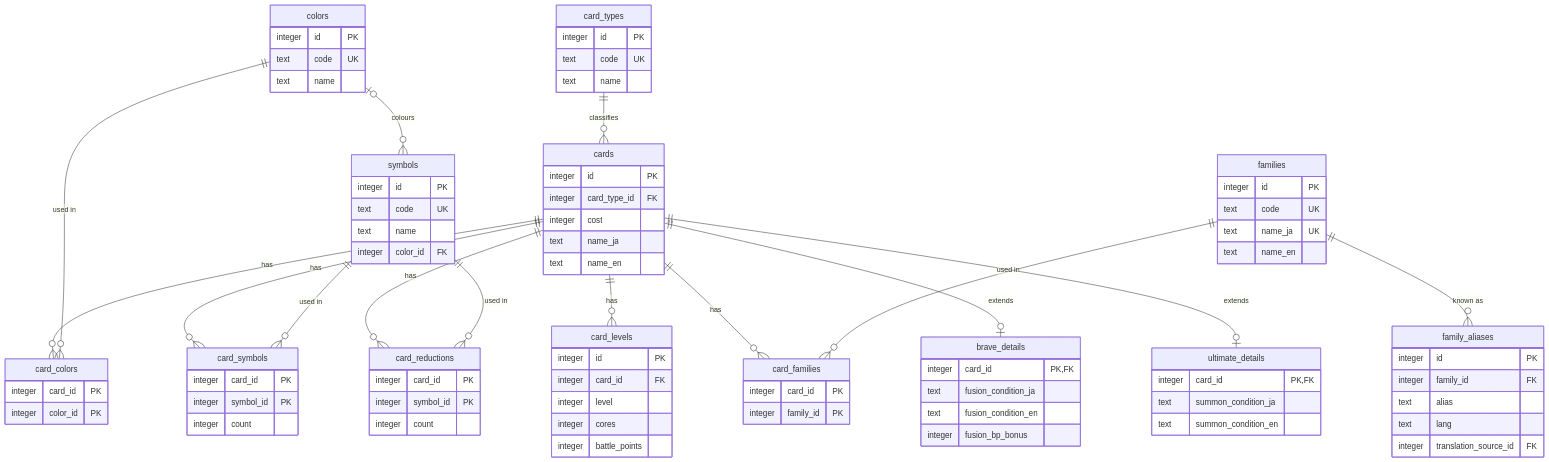
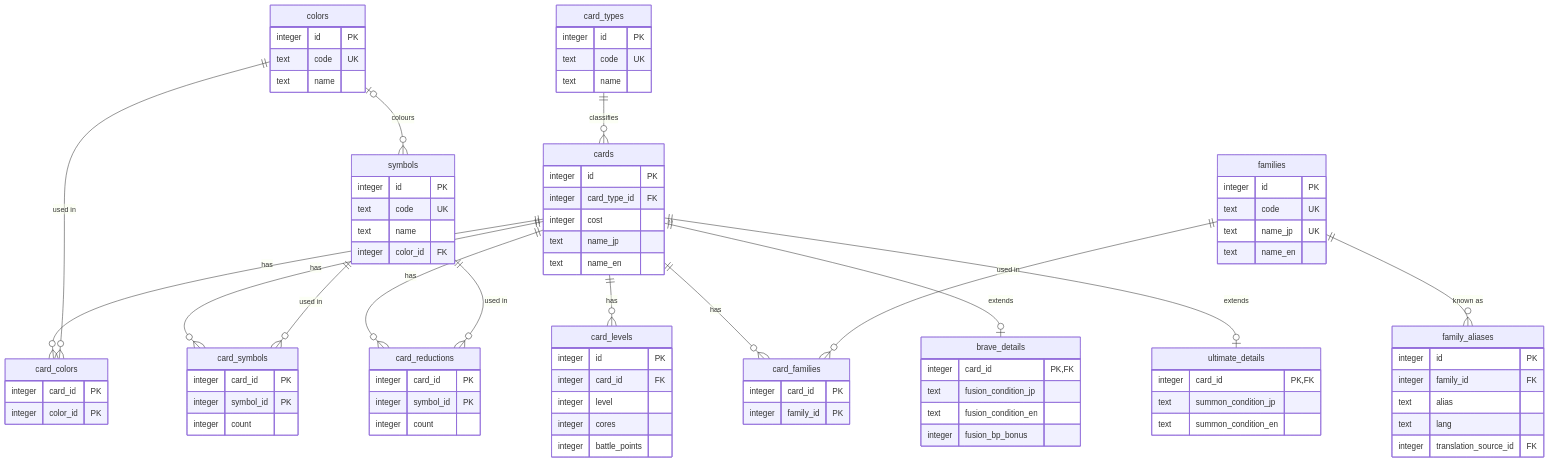
Before and after one commit to AleFire99/BS_Database: the fourth of 8 diagrams in docs/data-model/target-schema.md, drawn with Mermaid. The commit also changed other lines of this file and 9 other files, not shown here.

````diff
--- a/docs/data-model/target-schema.md
+++ b/docs/data-model/target-schema.md
@@ -447,7 +447,7 @@
         integer id PK
         integer card_type_id FK
         integer cost
-        text name_ja
+        text name_jp
         text name_en
     }
     card_types {
@@ -490,7 +490,7 @@
     families {
         integer id PK
         text code UK
-        text name_ja UK
+        text name_jp UK
         text name_en
     }
     family_aliases {
@@ -506,13 +506,13 @@
     }
     brave_details {
         integer card_id PK, FK
-        text fusion_condition_ja
+        text fusion_condition_jp
         text fusion_condition_en
         integer fusion_bp_bonus
     }
     ultimate_details {
         integer card_id PK, FK
-        text summon_condition_ja
+        text summon_condition_jp
         text summon_condition_en
     }
 ```
````
